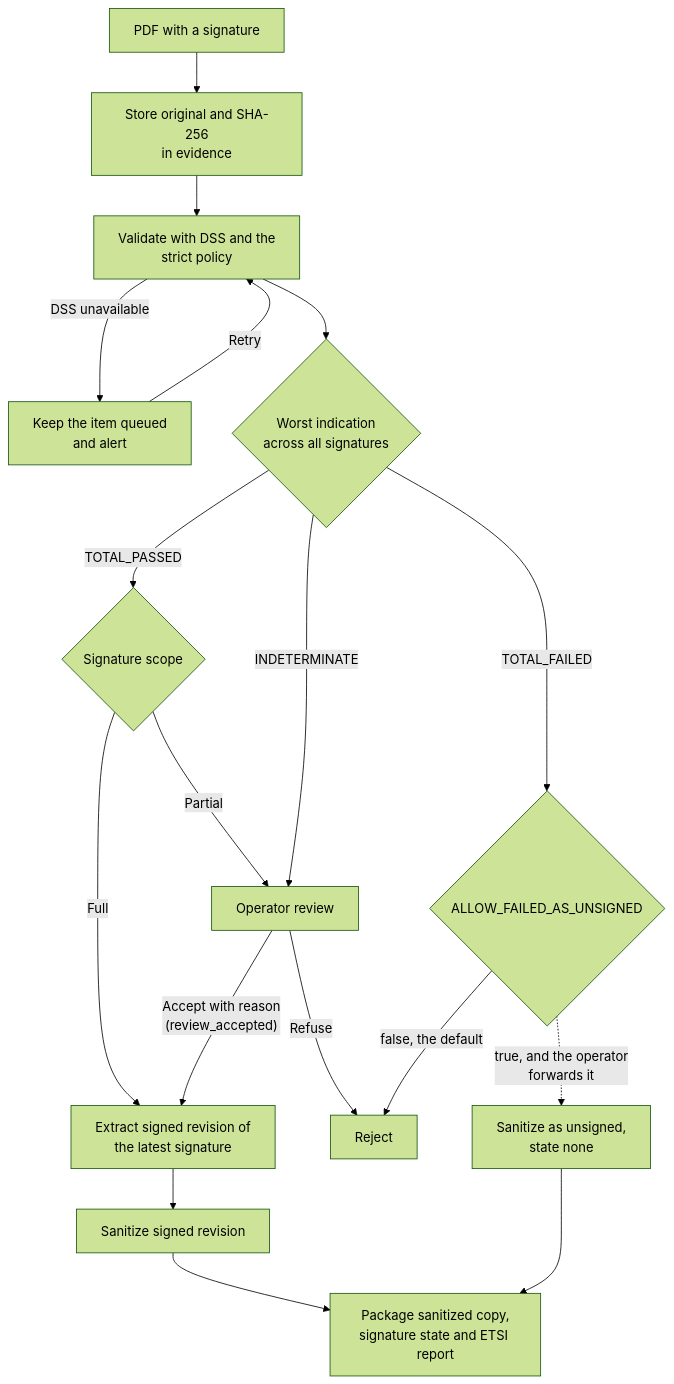
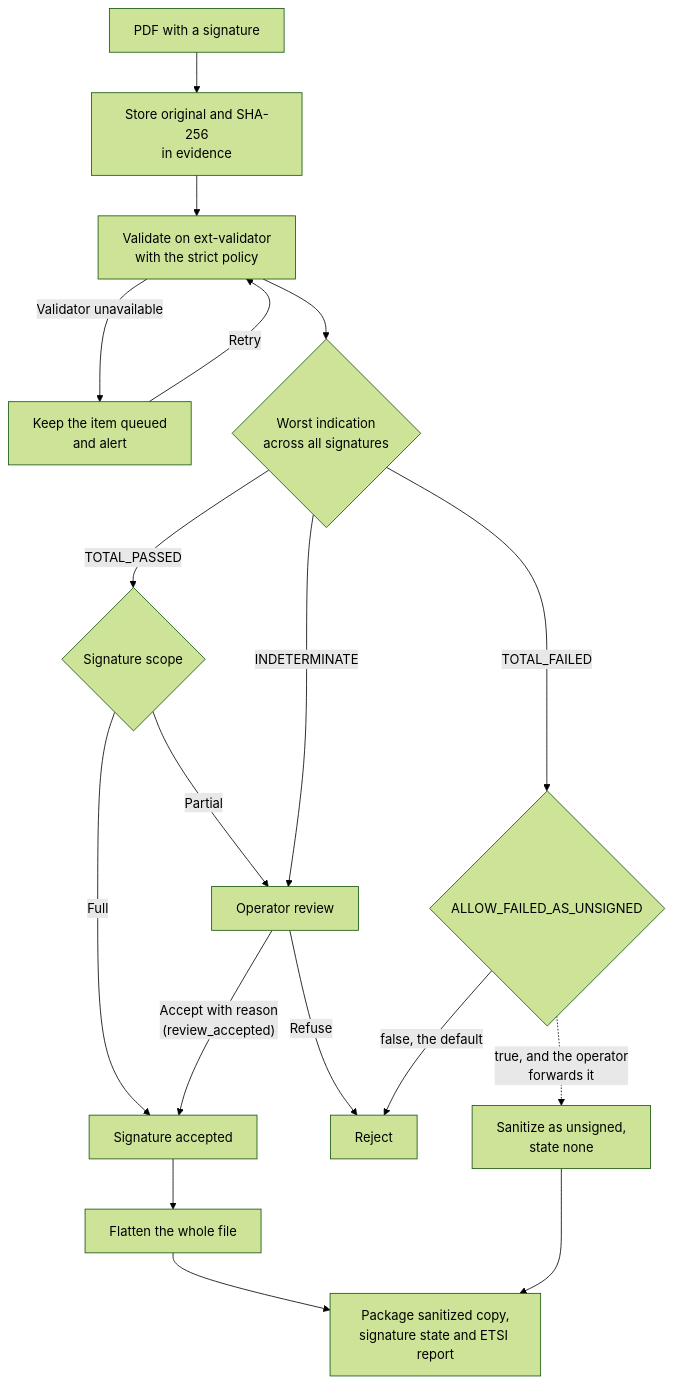
One commit to tgivslife/dxg-document-gateway changed the fourth of 8 diagrams in document-exchange-mvp-technical-documentation.md. Above: the diagram before and after it, drawn with Mermaid (forest theme). The commit also changed other lines of this file and 5 other files, not shown here.

````diff
--- a/document-exchange-mvp-technical-documentation.md
+++ b/document-exchange-mvp-technical-documentation.md
@@ -339,26 +340,26 @@
 ```mermaid
 flowchart TB
     accDescr: Decision flow for validating and sanitizing a signed PDF
     %% Dashed edge: optional path, off by default.
 
     IN["PDF with a signature"] --> EVID["Store original and SHA-256<br/>in evidence"]
-    EVID --> DSS["Validate with DSS and the<br/>strict policy"]
-    DSS -->|"DSS unavailable"| WAIT["Keep the item queued<br/>and alert"]
+    EVID --> DSS["Validate on ext-validator<br/>with the strict policy"]
+    DSS -->|"Validator unavailable"| WAIT["Keep the item queued<br/>and alert"]
     WAIT -->|"Retry"| DSS
     DSS --> WORST{"Worst indication<br/>across all signatures"}
 
     WORST -->|"TOTAL_PASSED"| SCOPE{"Signature scope"}
-    SCOPE -->|"Full"| EXTRACT["Extract signed revision of<br/>the latest signature"]
+    SCOPE -->|"Full"| EXTRACT["Signature accepted"]
     SCOPE -->|"Partial"| REVIEW["Operator review"]
     WORST -->|"INDETERMINATE"| REVIEW
     REVIEW -->|"Accept with reason<br/>(review_accepted)"| EXTRACT
     REVIEW -->|"Refuse"| REJECT["Reject"]
 
     WORST -->|"TOTAL_FAILED"| FAILED{"ALLOW_FAILED_AS_UNSIGNED"}
     FAILED -->|"false, the default"| REJECT
     FAILED -.->|"true, and the operator<br/>forwards it"| UNSIGNED["Sanitize as unsigned,<br/>state none"]
 
-    EXTRACT --> SANITIZE["Sanitize signed revision"]
+    EXTRACT --> SANITIZE["Flatten the whole file"]
     SANITIZE --> PACKAGE["Package sanitized copy,<br/>signature state and ETSI report"]
     UNSIGNED --> PACKAGE
 ```
````
